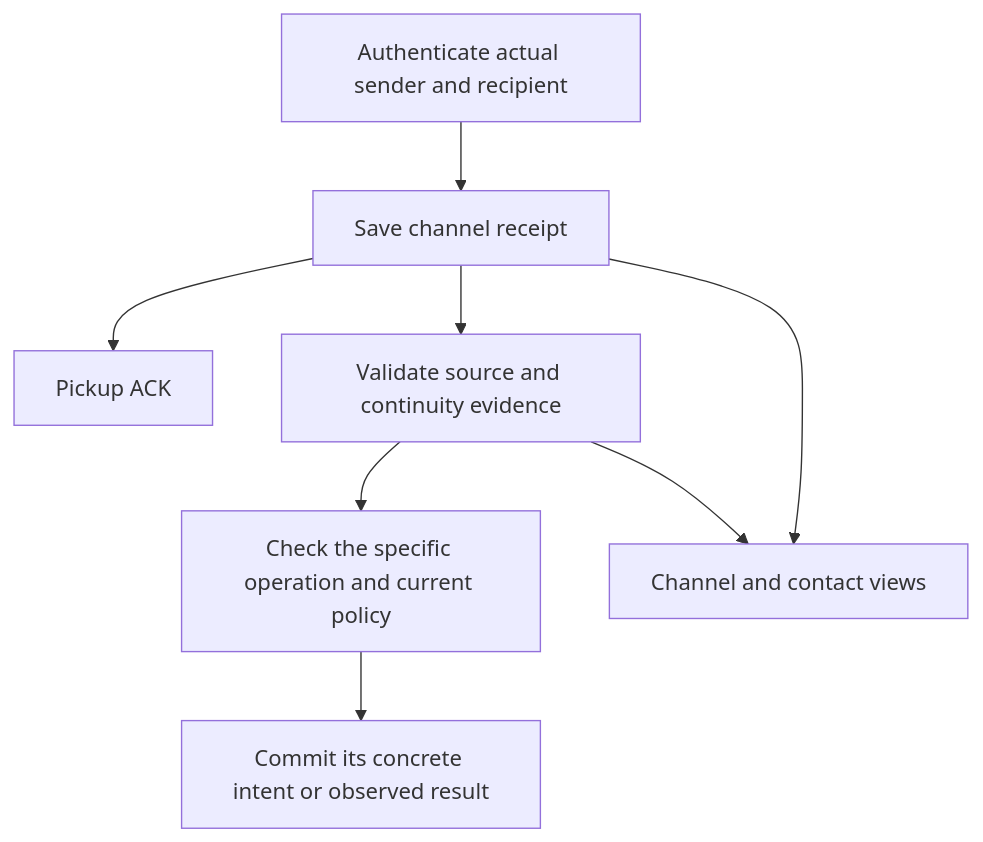
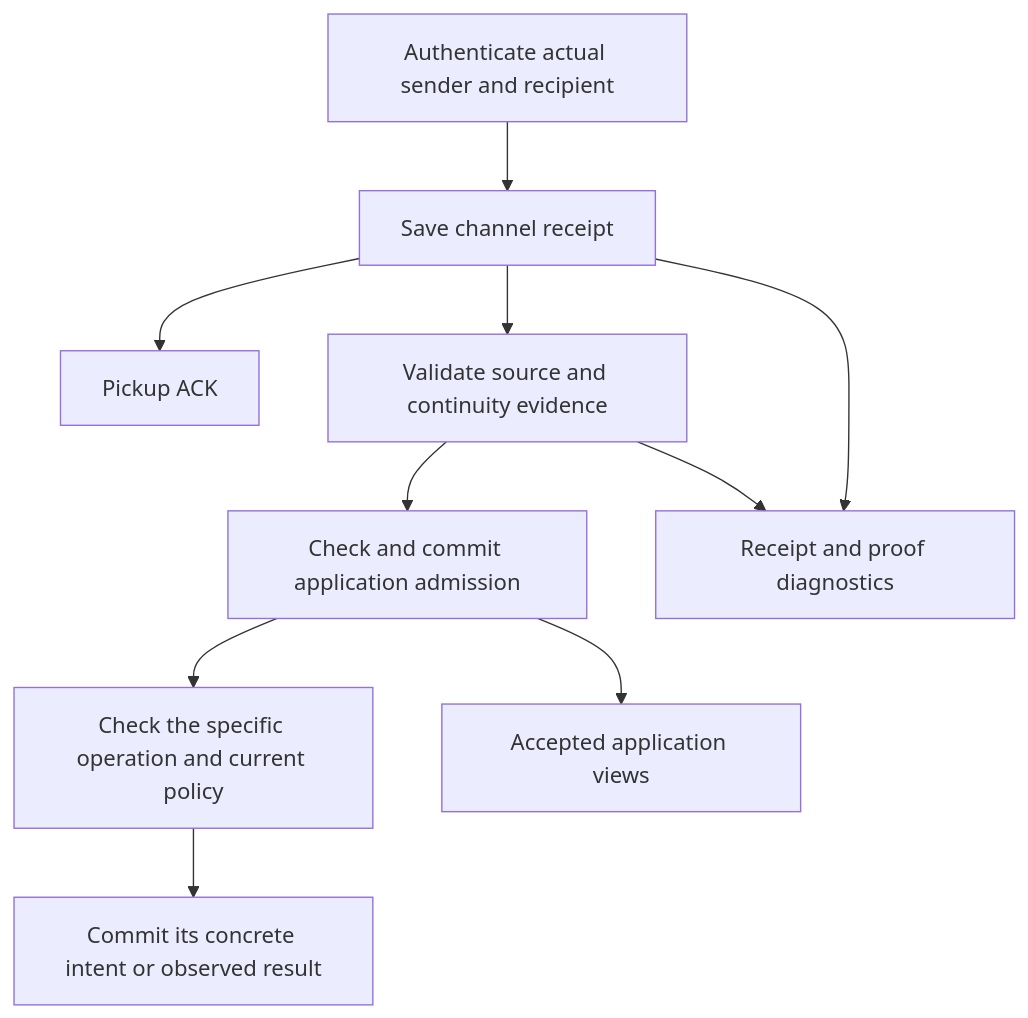
One commit to estoc-net/estoc changed the first of 3 diagrams in docs/replica-model/channels.md. Above: the diagram before and after it, drawn with Mermaid. The commit also changed other lines of this file and 10 other files, not shown here.

````diff
--- a/docs/replica-model/channels.md
+++ b/docs/replica-model/channels.md
@@ -30,10 +32,12 @@
 ```mermaid
 flowchart TD
     A[Authenticate actual sender and recipient] --> B[Save channel receipt]
     B --> C[Pickup ACK]
     B --> D[Validate source and continuity evidence]
-    D --> E[Check the specific operation and current policy]
+    D --> H[Check and commit application admission]
+    H --> E[Check the specific operation and current policy]
     E --> F[Commit its concrete intent or observed result]
-    B --> G[Channel and contact views]
-    D --> G
+    H --> G[Accepted application views]
+    B --> I[Receipt and proof diagnostics]
+    D --> I
 ```
````
